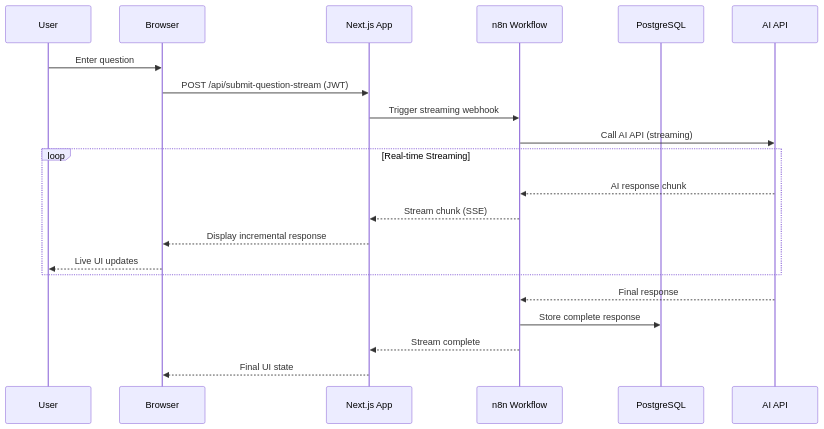
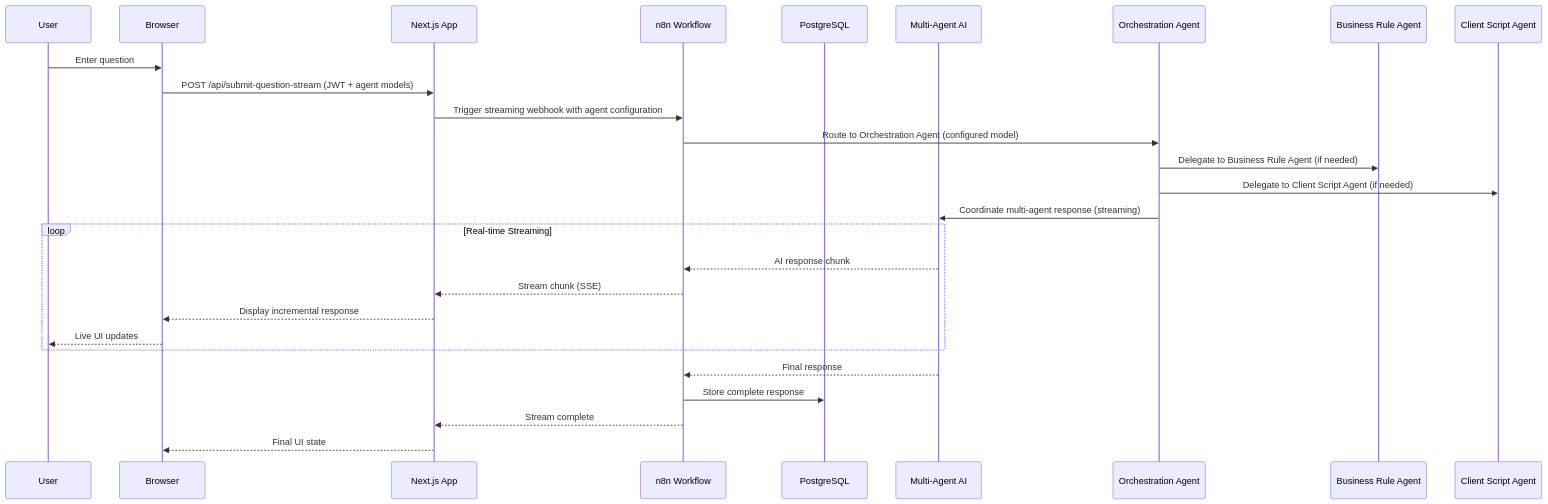
Before and after one commit to DanielMadsenDK/servicenow-helper: the second of 2 diagrams in README.md, drawn with Mermaid. The commit also changed other lines of this file and 19 other files, not shown here.

First line of the commit message:
feat: Implement multi-agent model support

````diff
--- a/README.md
+++ b/README.md
@@ -84,27 +87,33 @@
 ```mermaid
 sequenceDiagram
     participant U as User
     participant B as Browser
     participant N as Next.js App
     participant W as n8n Workflow
     participant D as PostgreSQL
-    participant A as AI API
+    participant A as Multi-Agent AI
+    participant O as Orchestration Agent
+    participant BR as Business Rule Agent
+    participant CS as Client Script Agent
 
     U->>B: Enter question
-    B->>N: POST /api/submit-question-stream (JWT)
-    N->>W: Trigger streaming webhook
+    B->>N: POST /api/submit-question-stream (JWT + agent models)
+    N->>W: Trigger streaming webhook with agent configuration
     
-    W->>A: Call AI API (streaming)
+    W->>O: Route to Orchestration Agent (configured model)
+    O->>BR: Delegate to Business Rule Agent (if needed)
+    O->>CS: Delegate to Client Script Agent (if needed)
+    O->>A: Coordinate multi-agent response (streaming)
     
     loop Real-time Streaming
         A-->>W: AI response chunk
         W-->>N: Stream chunk (SSE)
         N-->>B: Display incremental response
         B-->>U: Live UI updates
     end
     
     A-->>W: Final response
     W->>D: Store complete response
     W-->>N: Stream complete
     N-->>B: Final UI state
 ```
````
